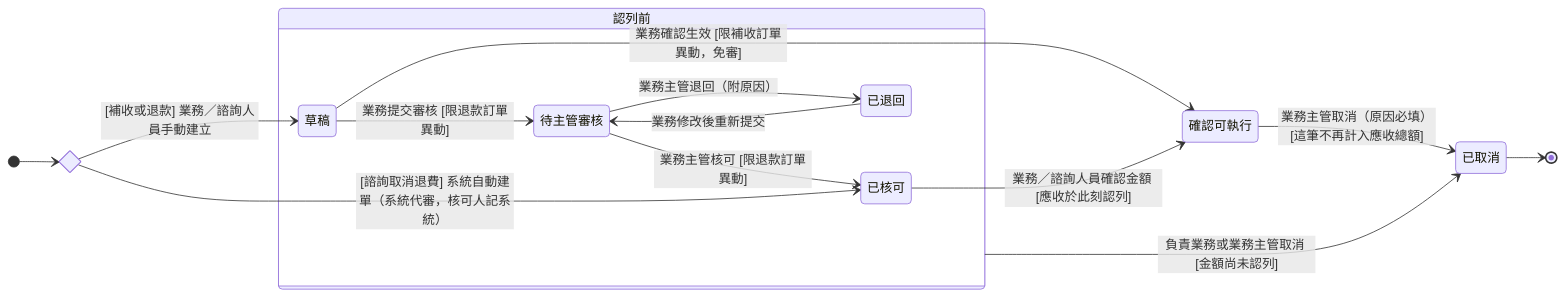
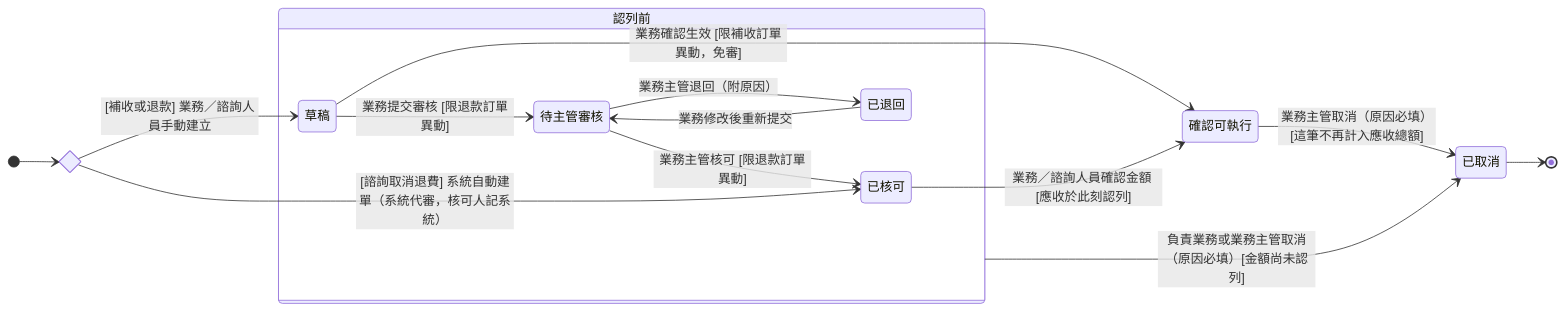
One commit to Kawato-Miles/erp-spec changed the diagram in memory/Sens_wiki/wiki/erp/06-state-machines/訂單異動狀態.md. Above: the diagram before and after it, drawn with Mermaid. The commit also changed other lines of this file and 5 other files, not shown here.

````diff
--- a/memory/Sens_wiki/wiki/erp/06-state-machines/訂單異動狀態.md
+++ b/memory/Sens_wiki/wiki/erp/06-state-machines/訂單異動狀態.md
@@ -36,33 +36,33 @@
 ```mermaid
 stateDiagram-v2
     direction LR
 
     state c_create <<choice>>
     [*] --> c_create
 
     state "認列前" as g_pre {
         state "草稿" as s_draft
         state "待主管審核" as s_pending
         state "已核可" as s_approved
         state "已退回" as s_returned
 
         s_draft --> s_pending : 業務提交審核 [限退款訂單異動]
         s_pending --> s_approved : 業務主管核可 [限退款訂單異動]
         s_pending --> s_returned : 業務主管退回（附原因）
         s_returned --> s_pending : 業務修改後重新提交
     }
 
     state "確認可執行" as s_executed
     state "已取消" as s_cancelled
 
     c_create --> s_draft : [補收或退款] 業務／諮詢人員手動建立
     c_create --> s_approved : [諮詢取消退費] 系統自動建單（系統代審，核可人記系統）
 
     s_draft --> s_executed : 業務確認生效 [限補收訂單異動，免審]
     s_approved --> s_executed : 業務／諮詢人員確認金額 [應收於此刻認列]
 
-    g_pre --> s_cancelled : 負責業務或業務主管取消 [金額尚未認列]
+    g_pre --> s_cancelled : 負責業務或業務主管取消（原因必填）[金額尚未認列]
     s_executed --> s_cancelled : 業務主管取消（原因必填）[這筆不再計入應收總額]
 
     s_cancelled --> [*]
 ```
````
